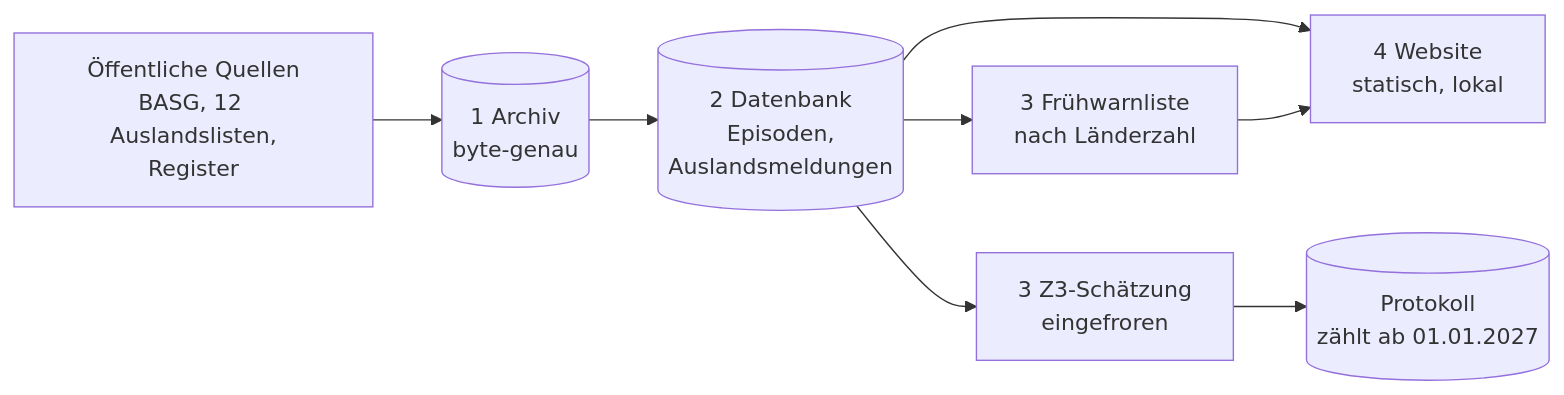
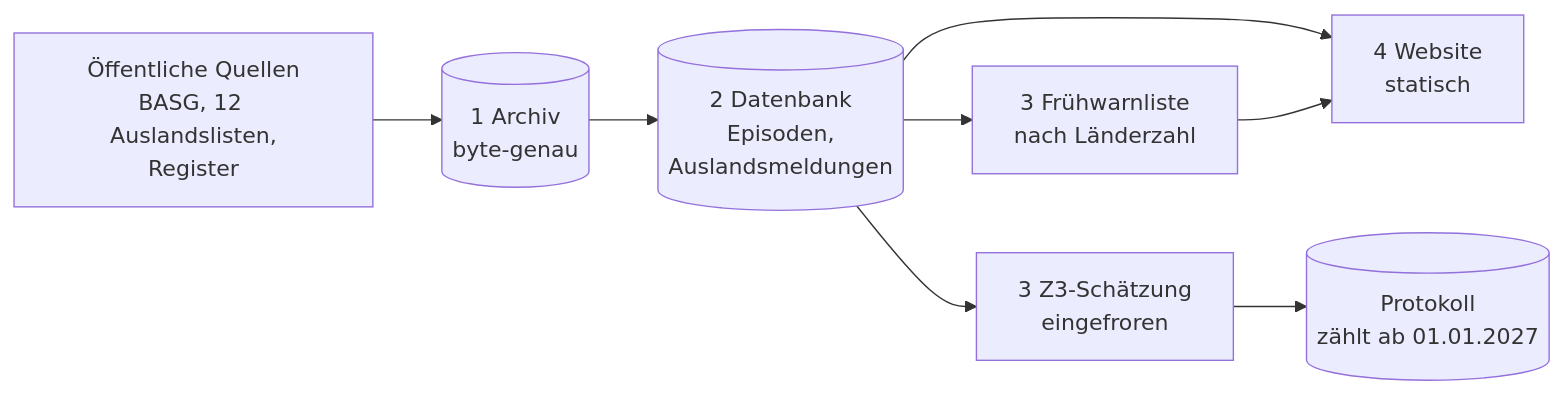
Before and after one commit to benediktneumayer2-tech/lieferengpass-radar: the first of 2 diagrams in README.de.md, drawn with Mermaid. The commit also changed other lines of this file and 71 other files, not shown here.

````diff
--- a/README.de.md
+++ b/README.de.md
@@ -45,10 +45,10 @@
 ```mermaid
 flowchart LR
     Q["Öffentliche Quellen<br/>BASG, 12 Auslandslisten,<br/>Register"] --> A[("1 Archiv<br/>byte-genau")]
     A --> D[("2 Datenbank<br/>Episoden,<br/>Auslandsmeldungen")]
     D --> F["3 Frühwarnliste<br/>nach Länderzahl"]
     D --> Z["3 Z3-Schätzung<br/>eingefroren"]
-    D --> W["4 Website<br/>statisch, lokal"]
+    D --> W["4 Website<br/>statisch"]
     F --> W
     Z --> P[("Protokoll<br/>zählt ab 01.01.2027")]
 ```
````
